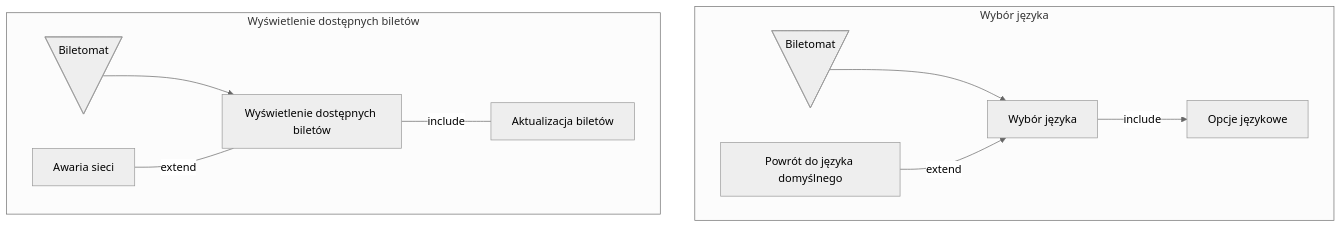
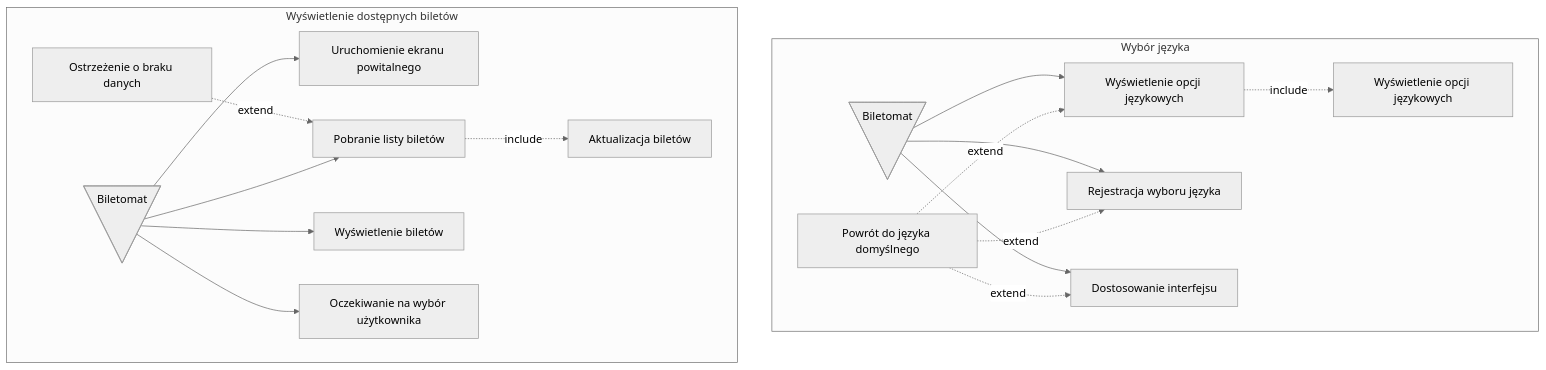
The first of 2 diagrams in userstories/biletomat.md (MarcinMarszewski/dowolna_nazwa), drawn with Mermaid (neutral theme) before and after one commit.

Commit message:
fix 2 subdiagrams in biletomat.md

````diff
--- a/userstories/biletomat.md
+++ b/userstories/biletomat.md
@@ -11,19 +11,37 @@
 ```mermaid
 flowchart TD
 subgraph "Wybór języka"
-  A@{ shape: manual-file, label: "Biletomat" } --> UC1
-  UC1[Wybór języka] --include--> UC2;
-  UC3 --extend--> UC1;
-  UC2[Opcje językowe];
-  UC3[Powrót do języka domyślnego];
+  A@{ shape: manual-file, label: "Biletomat" }
+  id1[Wyświetlenie opcji językowych]
+  id2[Rejestracja wyboru języka]
+  id3[Dostosowanie interfejsu]
+  id4[Wyświetlenie opcji językowych]
+  id5[Powrót do języka domyślnego]
+
+  A --> id1
+  A --> id2
+  A --> id3
+  id5-. extend .-> id1
+  id5-. extend .-> id2
+  id5-. extend .-> id3
+  id1-. include .-> id4
+  
 end
 subgraph "Wyświetlenie dostępnych biletów"
   B@{ shape: manual-file, label: "Biletomat" }
-  UC4[Wyświetlenie dostępnych biletów]
-  UC5[Aktualizacja biletów]
-  UC6[Awaria sieci]
-  B --> UC4
-  UC4-- include ---UC5
-  UC6-- extend ---UC4
+  id11[Uruchomienie ekranu powitalnego]
+  id22[Pobranie listy biletów]
+  id33[Wyświetlenie biletów]
+  id44[Oczekiwanie na wybór użytkownika]
+  id55[Aktualizacja biletów]
+  id66[Ostrzeżenie o braku danych]
+
+  B --> id11
+  B --> id22
+  B --> id33
+  B --> id44
+  id22-. include .-> id55
+  id66-. extend .-> id22
+  
 end
 ```
````
